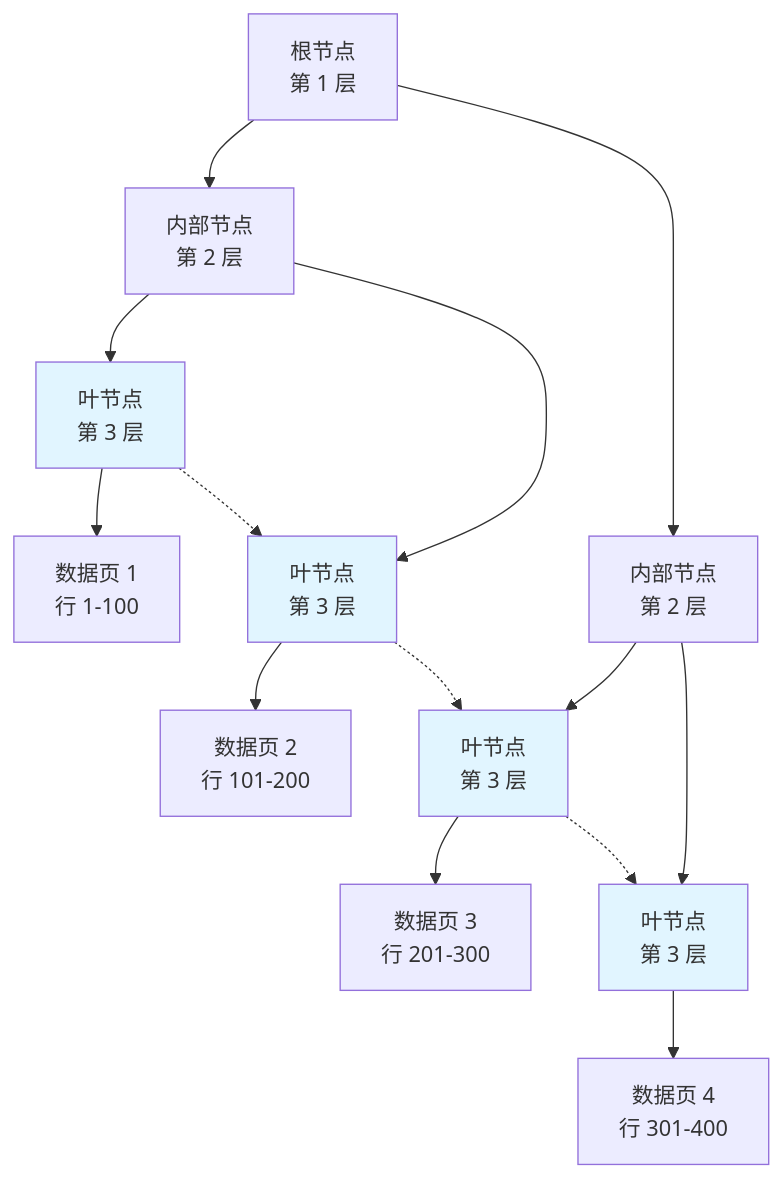
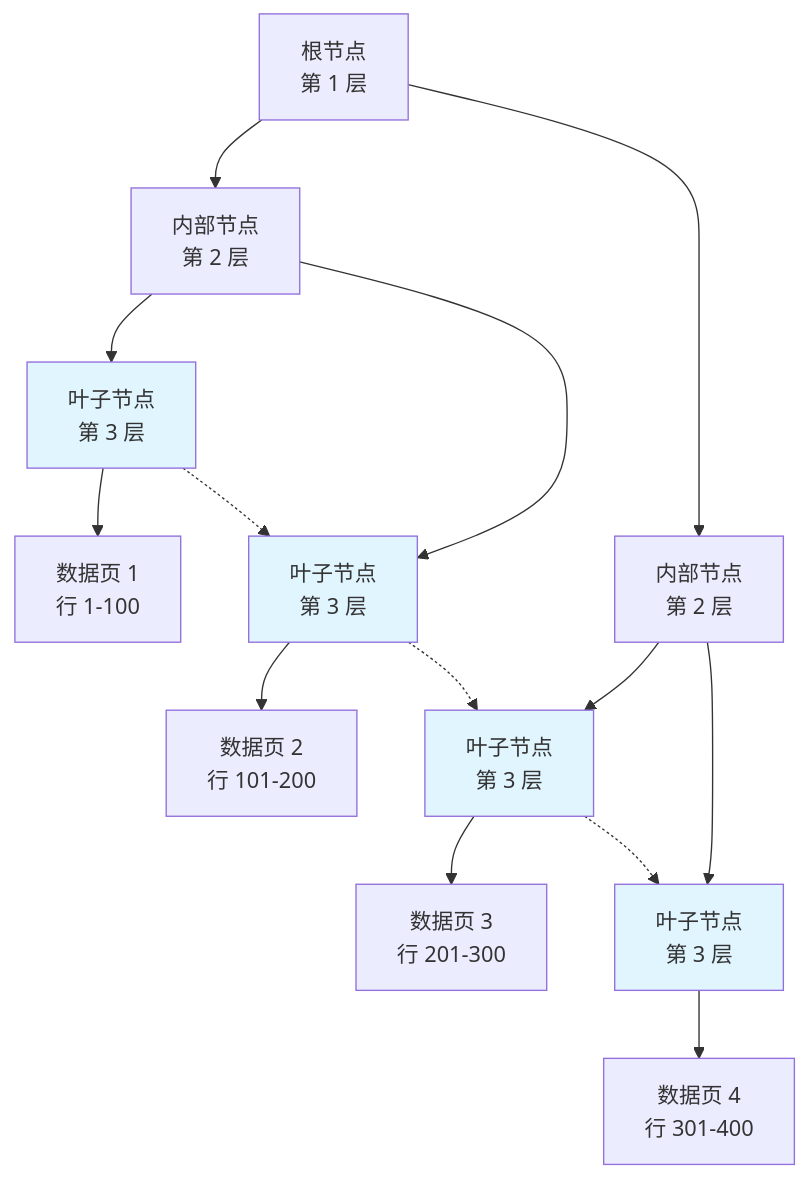
The first of 2 diagrams in i18n/zh-Hans/docusaurus-plugin-content-docs/current/cs/database/mysql/indexes.mdx (YiWang24/AiDIY), drawn with Mermaid before and after one commit. The commit also changed other lines of this file and 59 other files, not shown here.

````diff
--- a/i18n/zh-Hans/docusaurus-plugin-content-docs/current/cs/database/mysql/indexes.mdx
+++ b/i18n/zh-Hans/docusaurus-plugin-content-docs/current/cs/database/mysql/indexes.mdx
@@ -34,23 +36,23 @@
 ```mermaid
 graph TD
     A[根节点<br/>第 1 层] --> B[内部节点<br/>第 2 层]
     A --> C[内部节点<br/>第 2 层]
-    B --> D[叶节点<br/>第 3 层]
-    B --> E[叶节点<br/>第 3 层]
-    C --> F[叶节点<br/>第 3 层]
-    C --> G[叶节点<br/>第 3 层]
+    B --> D[叶子节点<br/>第 3 层]
+    B --> E[叶子节点<br/>第 3 层]
+    C --> F[叶子节点<br/>第 3 层]
+    C --> G[叶子节点<br/>第 3 层]
 
     D --> H[数据页 1<br/>行 1-100]
     E --> I[数据页 2<br/>行 101-200]
     F --> J[数据页 3<br/>行 201-300]
     G --> K[数据页 4<br/>行 301-400]
 
     D -.-> E
     E -.-> F
     F -.-> G
 
     style D fill:#e1f5ff
     style E fill:#e1f5ff
     style F fill:#e1f5ff
     style G fill:#e1f5ff
 ```
````
